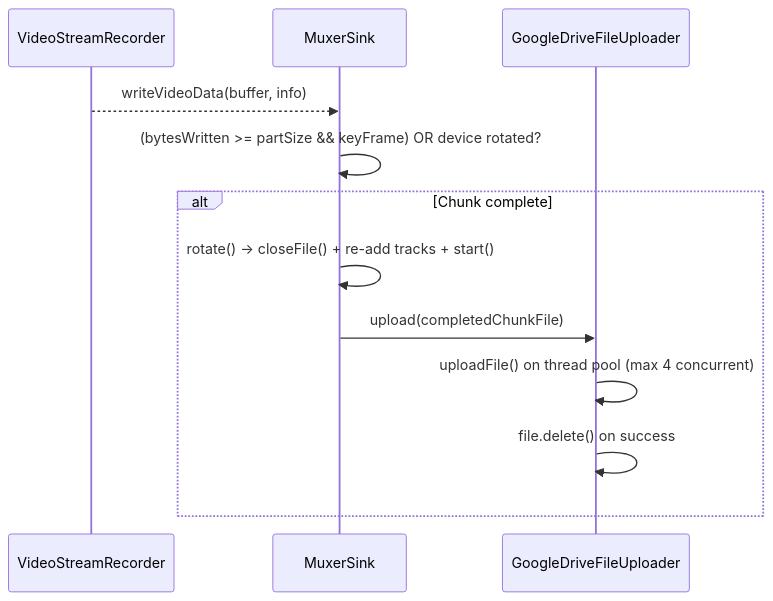
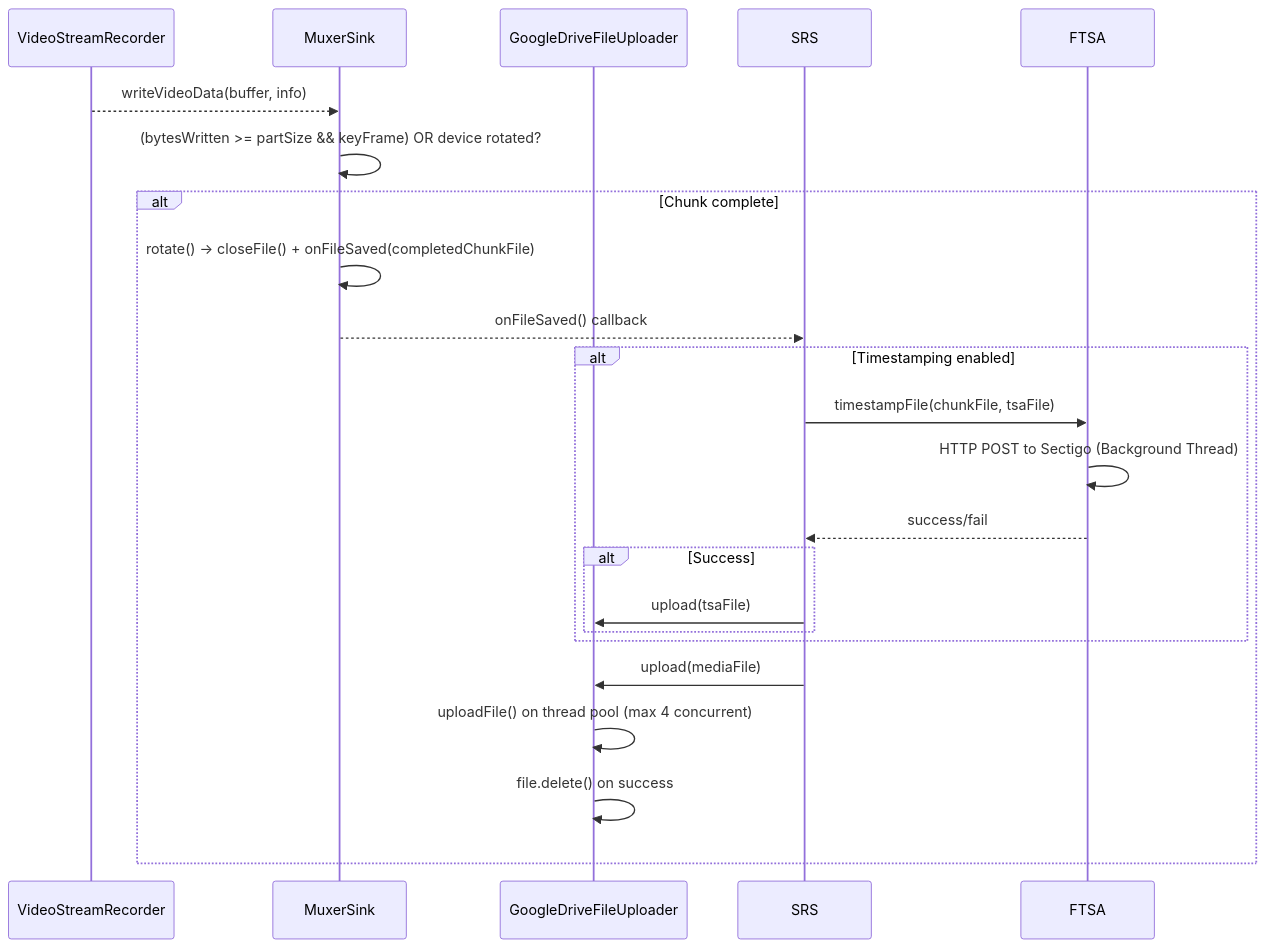
Before and after one commit to ark3us/saferec: the third of 4 diagrams in README.md, drawn with Mermaid. The commit also changed other lines of this file and 13 other files, not shown here.

Commit message:
feat: implement TSA cryptographic timestamping

````diff
--- a/README.md
+++ b/README.md
@@ -145,15 +151,24 @@
 ```mermaid
 sequenceDiagram
     participant VSR as VideoStreamRecorder
     participant MS as MuxerSink
     participant GDFU as GoogleDriveFileUploader
 
     VSR-->>MS: writeVideoData(buffer, info)
     MS->>MS: (bytesWritten >= partSize && keyFrame) OR device rotated?
     alt Chunk complete
-        MS->>MS: rotate() → closeFile() + re-add tracks + start()
-        MS->>GDFU: upload(completedChunkFile)
+        MS->>MS: rotate() → closeFile() + onFileSaved(completedChunkFile)
+        MS-->>SRS: onFileSaved() callback
+        alt Timestamping enabled
+            SRS->>FTSA: timestampFile(chunkFile, tsaFile)
+            FTSA->>FTSA: HTTP POST to Sectigo (Background Thread)
+            FTSA-->>SRS: success/fail
+            alt Success
+                SRS->>GDFU: upload(tsaFile)
+            end
+        end
+        SRS->>GDFU: upload(mediaFile)
         GDFU->>GDFU: uploadFile() on thread pool (max 4 concurrent)
         GDFU->>GDFU: file.delete() on success
     end
 ```
````
